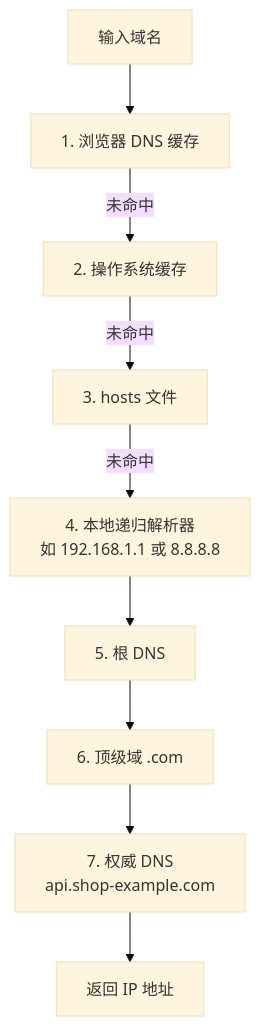
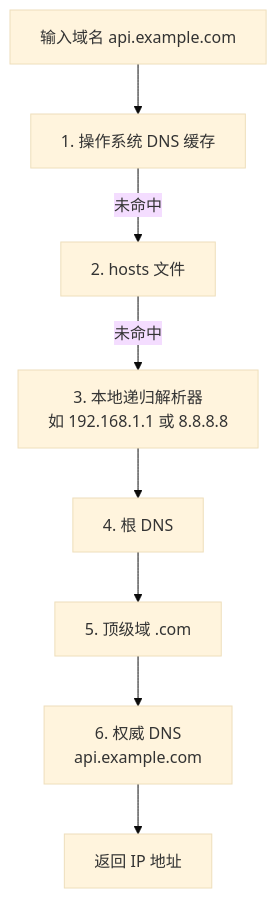
One commit to moqix26/study changed the third of 6 diagrams in 前端学习/计算机网络/03-IP地址与DNS解析.md. Above: the diagram before and after it, drawn with Mermaid (base theme). The commit also changed other lines of this file and 10 other files, not shown here.

````diff
--- a/前端学习/计算机网络/03-IP地址与DNS解析.md
+++ b/前端学习/计算机网络/03-IP地址与DNS解析.md
@@ -299,17 +326,15 @@
 ```mermaid
 flowchart TB
-    Start[输入域名]
-    BC[1. 浏览器 DNS 缓存]
-    OC[2. 操作系统缓存]
-    HF[3. hosts 文件]
-    LR[4. 本地递归解析器<br/>如 192.168.1.1 或 8.8.8.8]
-    Root[5. 根 DNS]
-    TLD[6. 顶级域 .com]
-    Auth[7. 权威 DNS<br/>api.shop-example.com]
+    Start[输入域名 api.example.com]
+    OC[1. 操作系统 DNS 缓存]
+    HF[2. hosts 文件]
+    LR[3. 本地递归解析器<br/>如 192.168.1.1 或 8.8.8.8]
+    Root[4. 根 DNS]
+    TLD[5. 顶级域 .com]
+    Auth[6. 权威 DNS<br/>api.example.com]
     IP[返回 IP 地址]
-    Start --> BC
-    BC -->|未命中| OC
+    Start --> OC
     OC -->|未命中| HF
     HF -->|未命中| LR
     LR --> Root --> TLD --> Auth --> IP
 ```
````
